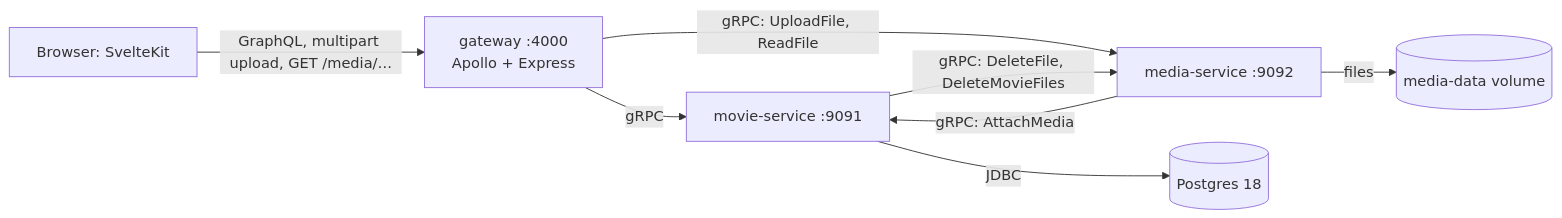
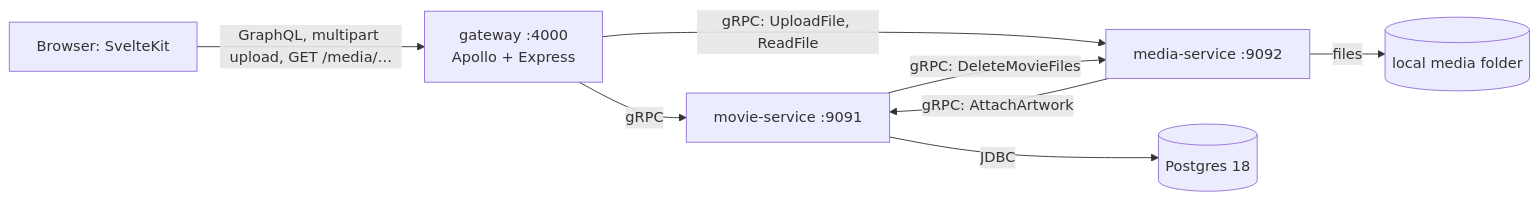
The first of 6 diagrams in docs/backend-design.md (dancepop/svelte-kotlin-try), drawn with Mermaid before and after one commit. The commit also changed other lines of this file and 67 other files, not shown here.

````diff
--- a/docs/backend-design.md
+++ b/docs/backend-design.md
@@ -9,10 +9,10 @@
 ```mermaid
 flowchart LR
   browser[Browser: SvelteKit] -- "GraphQL, multipart upload, GET /media/…" --> gw[gateway :4000<br/>Apollo + Express]
   gw -- gRPC --> movie[movie-service :9091]
   gw -- "gRPC: UploadFile, ReadFile" --> media[media-service :9092]
-  media -- "gRPC: AttachMedia" --> movie
-  movie -- "gRPC: DeleteFile, DeleteMovieFiles" --> media
+  media -- "gRPC: AttachArtwork" --> movie
+  movie -- "gRPC: DeleteMovieFiles" --> media
   movie -- JDBC --> pg[(Postgres 18)]
-  media -- files --> vol[(media-data volume)]
+  media -- files --> vol[(local media folder)]
 ```
````
